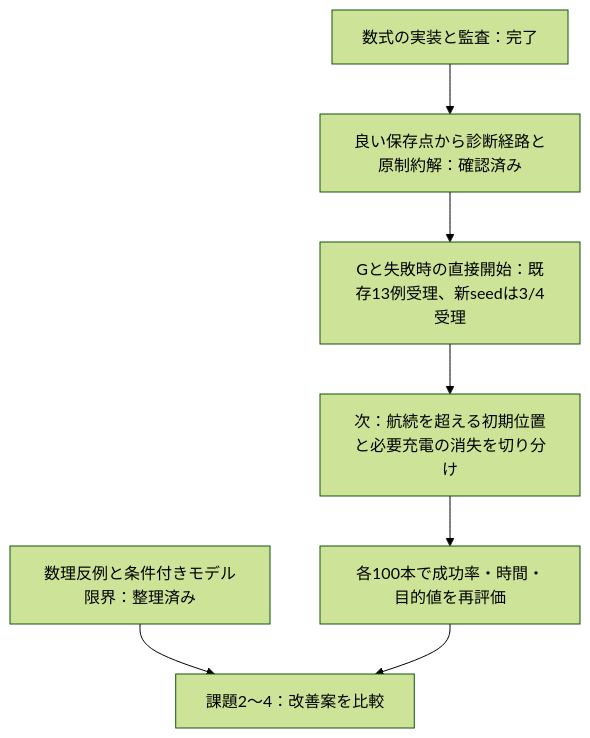
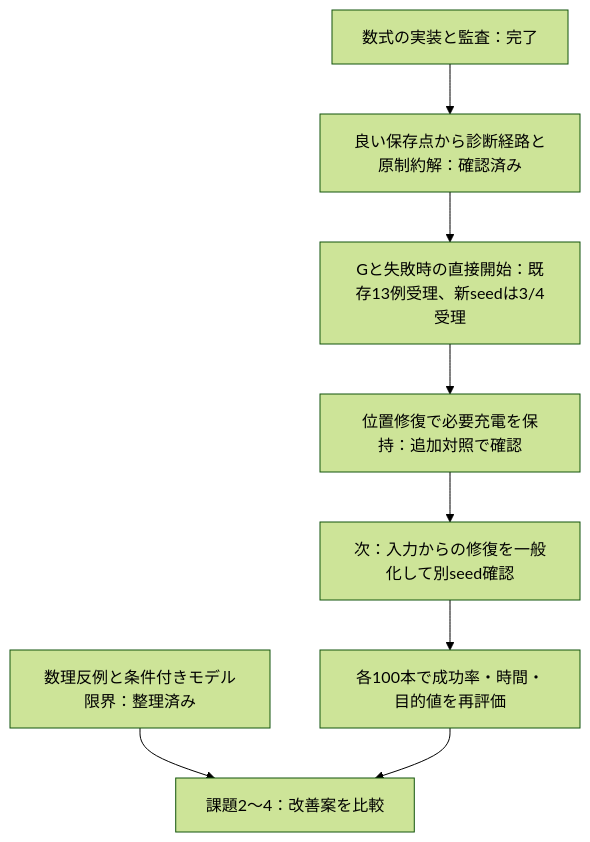
Before and after one commit to mordent-27/uav: the diagram in ROADMAP.md, drawn with Mermaid (forest theme). The commit also changed other lines of this file and 1 other file, not shown here.

Commit message:
docs[roadmap]: 初期位置修復による救済と一般化の検証順を反映

````diff
--- a/ROADMAP.md
+++ b/ROADMAP.md
@@ -142,9 +152,10 @@
 ```mermaid
 flowchart TD
   A[数式の実装と監査：完了] --> B[良い保存点から診断経路と原制約解：確認済み]
   B --> C[Gと失敗時の直接開始：既存13例受理、新seedは3/4受理]
-  C --> D[次：航続を超える初期位置と必要充電の消失を切り分け]
-  D --> E[各100本で成功率・時間・目的値を再評価]
+  C --> D[位置修復で必要充電を保持：追加対照で確認]
+  D --> F[次：入力からの修復を一般化して別seed確認]
+  F --> E[各100本で成功率・時間・目的値を再評価]
   T[数理反例と条件付きモデル限界：整理済み] --> U[課題2〜4：改善案を比較]
   E --> U
 ```
````
